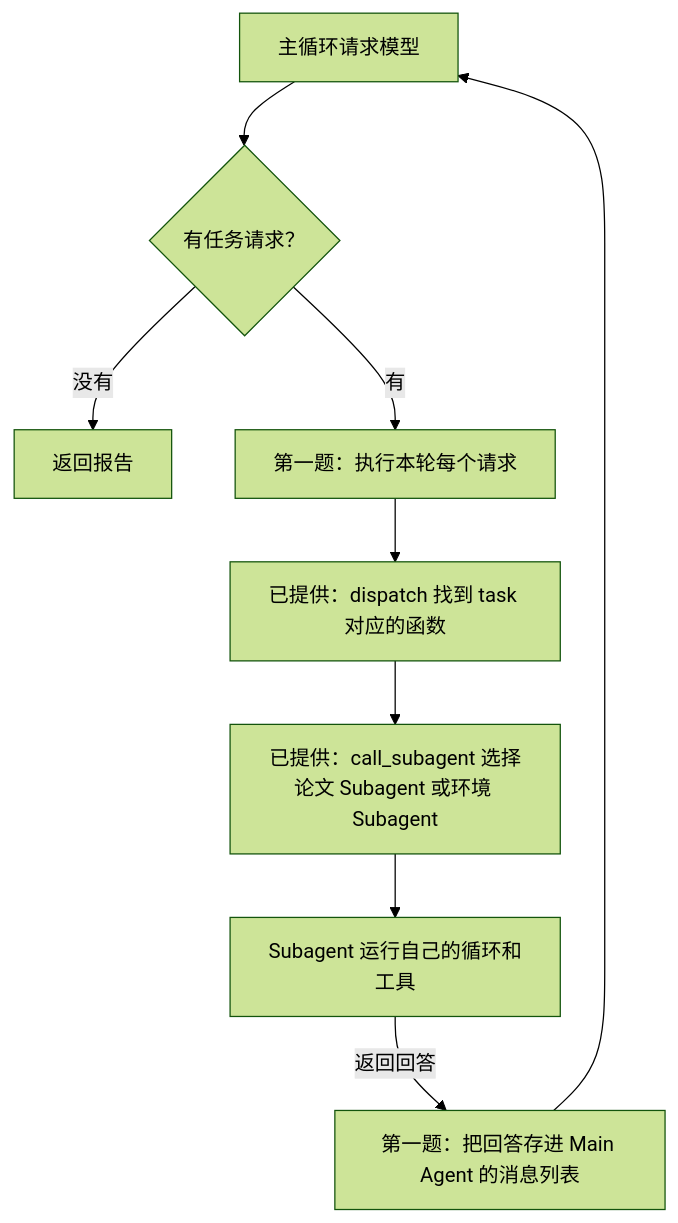
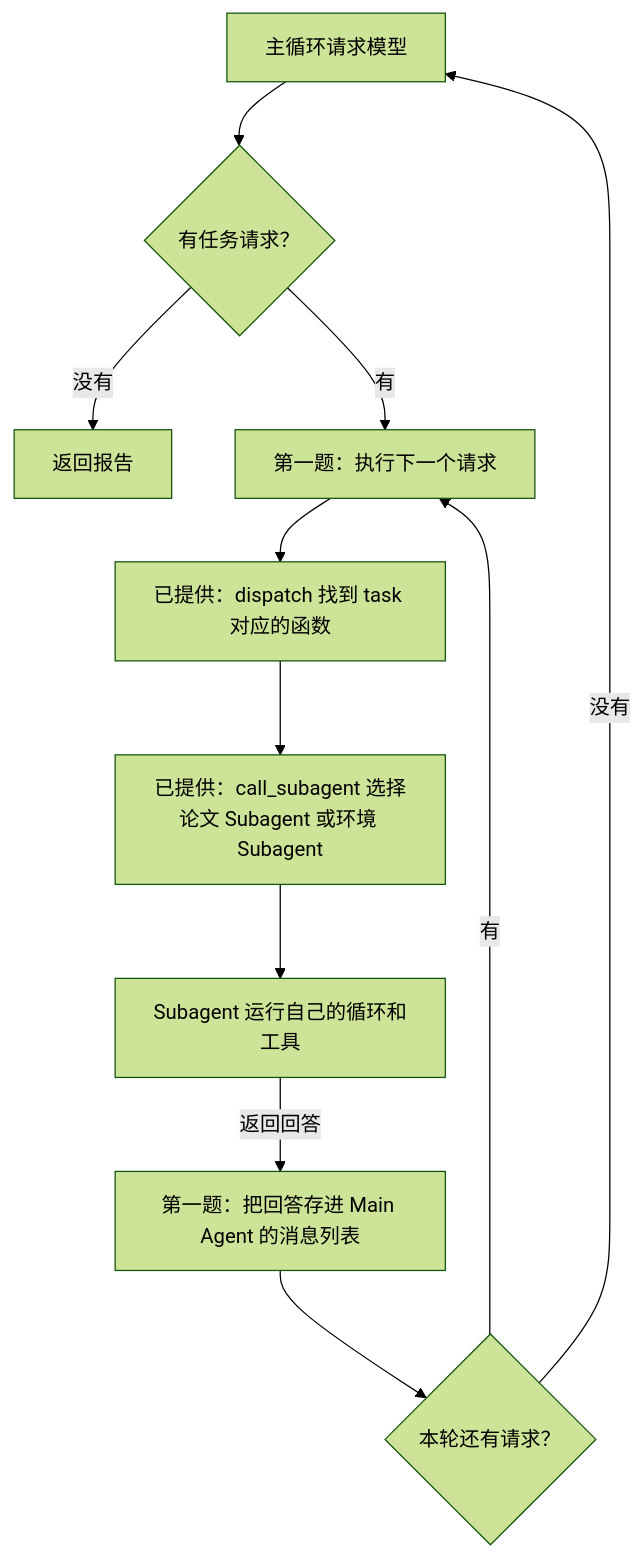
One commit to JackYansongLi/learn-harness changed the first of 2 diagrams in docs/tutorial.md. Above: the diagram before and after it, drawn with Mermaid (forest theme). The commit also changed other lines of this file and 1 other file, not shown here.

Commit message:
Clarify Subagent learning goals, call flow, and verification

````diff
--- a/docs/tutorial.md
+++ b/docs/tutorial.md
@@ -132,11 +144,13 @@
 ```mermaid
 flowchart TD
     A[主循环请求模型] --> B{有任务请求？}
     B -->|没有| C[返回报告]
-    B -->|有| D[第一题：执行本轮每个请求]
+    B -->|有| D[第一题：执行下一个请求]
     D --> E[已提供：dispatch 找到 task 对应的函数]
     E --> F[已提供：call_subagent 选择论文 Subagent 或环境 Subagent]
     F --> G[Subagent 运行自己的循环和工具]
     G -->|返回回答| H[第一题：把回答存进 Main Agent 的消息列表]
-    H --> A
+    H --> I{本轮还有请求？}
+    I -->|有| D
+    I -->|没有| A
 ```
````
